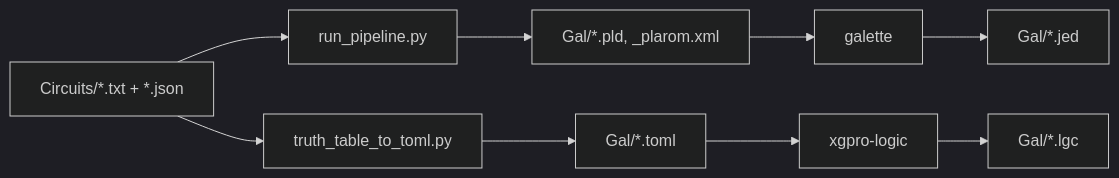
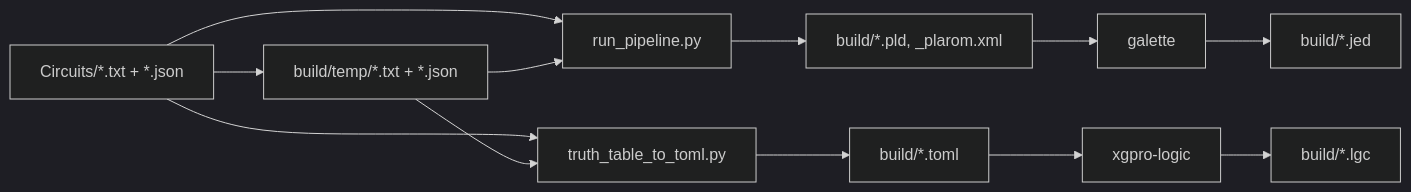
The diagram in README.md (VictorGerin/Logisim_CPU), drawn with Mermaid (dark theme) before and after one commit. The commit also changed other lines of this file and 4 other files, not shown here.

````diff
--- a/README.md
+++ b/README.md
@@ -53,20 +55,24 @@
 ```mermaid
 flowchart LR
   Circuits["Circuits/*.txt + *.json"]
+  BuildTemp["build/temp/*.txt + *.json"]
   RunPipeline["run_pipeline.py"]
-  PLD["Gal/*.pld, _plarom.xml"]
+  PLD["build/*.pld, _plarom.xml"]
   Galette["galette"]
-  JED["Gal/*.jed"]
+  JED["build/*.jed"]
   TruthToml["truth_table_to_toml.py"]
-  TOML["Gal/*.toml"]
+  TOML["build/*.toml"]
   Xgpro["xgpro-logic"]
-  LGC["Gal/*.lgc"]
+  LGC["build/*.lgc"]
+  Circuits --> BuildTemp
   Circuits --> RunPipeline
+  BuildTemp --> RunPipeline
   RunPipeline --> PLD
   PLD --> Galette
   Galette --> JED
   Circuits --> TruthToml
+  BuildTemp --> TruthToml
   TruthToml --> TOML
   TOML --> Xgpro
   Xgpro --> LGC
 ```
````
